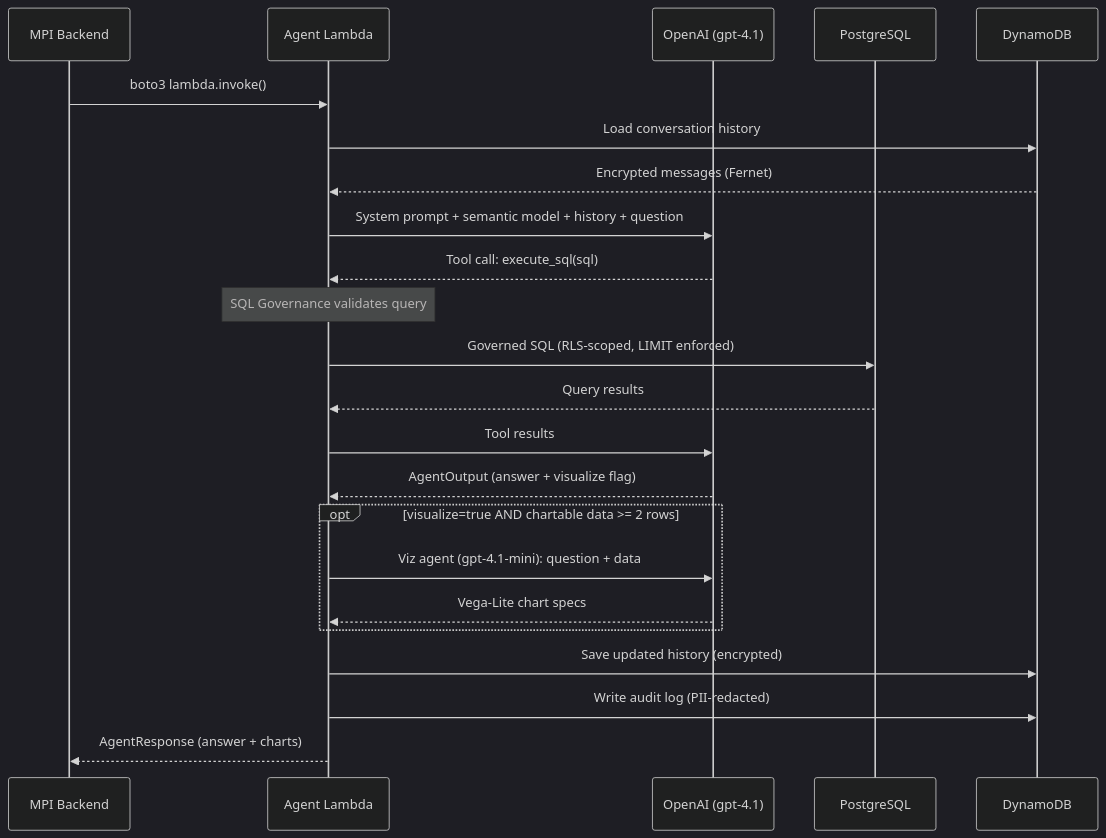
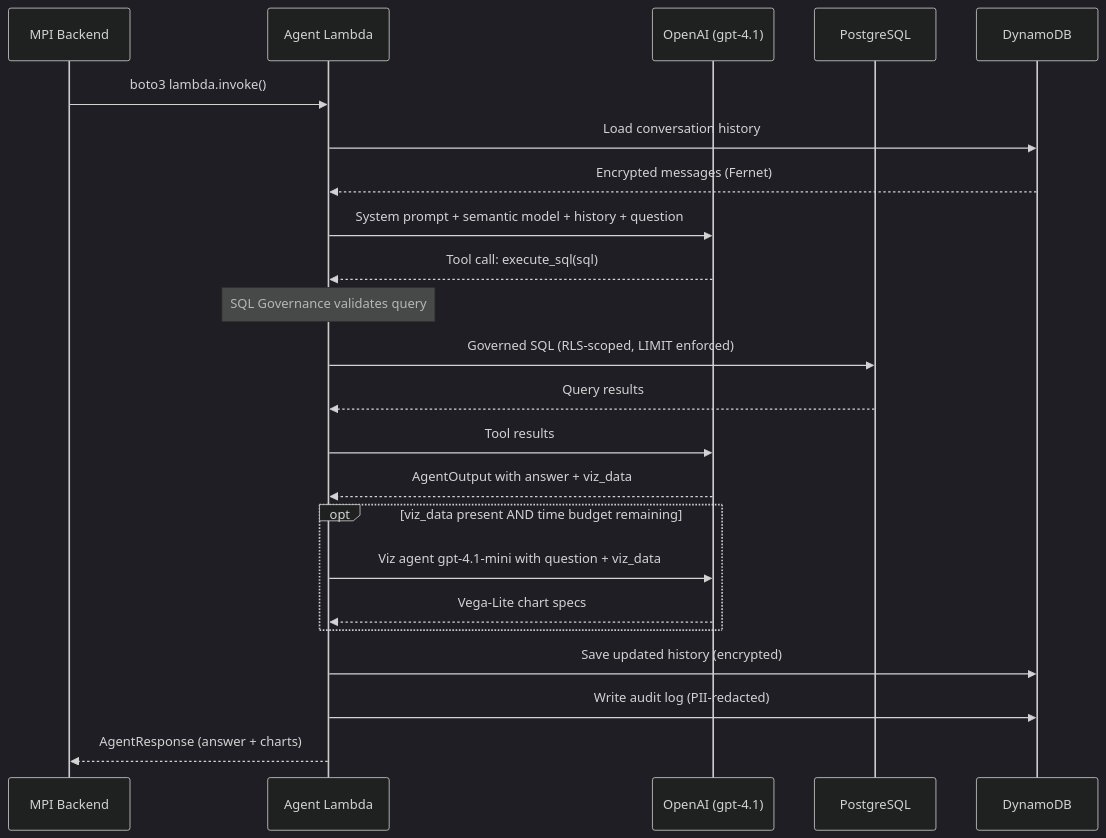
The second of 2 diagrams in README.md (maxibove13/finance-query-agent), drawn with Mermaid (dark theme) before and after one commit. The commit also changed other lines of this file, not shown here.

Commit message:
docs: update README diagrams and semantic model section
- Fix mermaid rendering: remove HTML tags, bidirectional arrows,
  parentheses in labels, style directives, and >= in opt blocks
- Update request lifecycle to reflect viz_data-driven visualization
  instead of removed visualize=true flag
- Remove stale "filters" reference from semantic model description
- Clarify business rules description

````diff
--- a/README.md
+++ b/README.md
@@ -67,32 +67,32 @@
 ```mermaid
 sequenceDiagram
     participant Client as MPI Backend
     participant Lambda as Agent Lambda
     participant LLM as OpenAI (gpt-4.1)
     participant PG as PostgreSQL
     participant Dynamo as DynamoDB
 
     Client->>Lambda: boto3 lambda.invoke()
 
     Lambda->>Dynamo: Load conversation history
     Dynamo-->>Lambda: Encrypted messages (Fernet)
 
     Lambda->>LLM: System prompt + semantic model + history + question
     LLM-->>Lambda: Tool call: execute_sql(sql)
 
     Note over Lambda: SQL Governance validates query
     Lambda->>PG: Governed SQL (RLS-scoped, LIMIT enforced)
     PG-->>Lambda: Query results
 
     Lambda->>LLM: Tool results
-    LLM-->>Lambda: AgentOutput (answer + visualize flag)
+    LLM-->>Lambda: AgentOutput with answer + viz_data
 
-    opt visualize=true AND chartable data >= 2 rows
-        Lambda->>LLM: Viz agent (gpt-4.1-mini): question + data
+    opt viz_data present AND time budget remaining
+        Lambda->>LLM: Viz agent gpt-4.1-mini with question + viz_data
         LLM-->>Lambda: Vega-Lite chart specs
     end
 
     Lambda->>Dynamo: Save updated history (encrypted)
     Lambda->>Dynamo: Write audit log (PII-redacted)
     Lambda-->>Client: AgentResponse (answer + charts)
 ```
````
